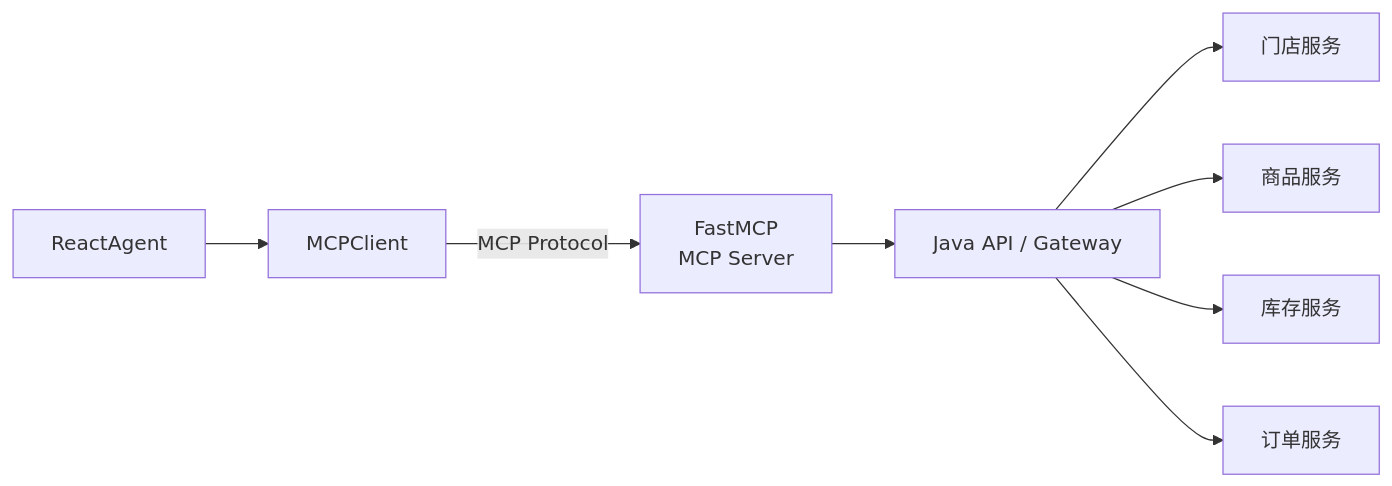
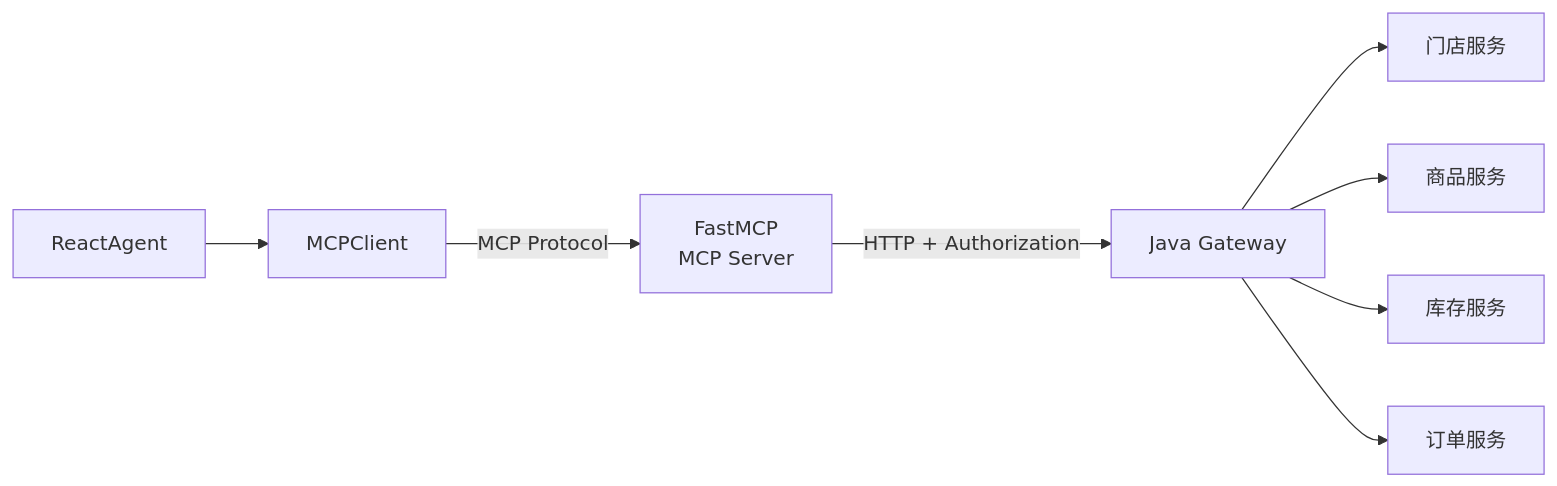
One commit to RwAkura/StoreMind-- changed the third of 4 diagrams in README.md. Above: the diagram before and after it, drawn with Mermaid. The commit also changed other lines of this file, not shown here.

````diff
--- a/README.md
+++ b/README.md
@@ -257,26 +259,26 @@
 ```mermaid
 flowchart LR
 
     Agent["ReactAgent"]
 
     MCPClient["MCPClient"]
 
     MCPServer["FastMCP<br/>MCP Server"]
 
-    API["Java API / Gateway"]
+    Gateway["Java Gateway"]
 
     Store["门店服务"]
     Product["商品服务"]
     Inventory["库存服务"]
     Order["订单服务"]
 
     Agent --> MCPClient
     MCPClient -->|MCP Protocol| MCPServer
 
-    MCPServer --> API
+    MCPServer -->|HTTP + Authorization| Gateway
 
-    API --> Store
-    API --> Product
-    API --> Inventory
-    API --> Order
+    Gateway --> Store
+    Gateway --> Product
+    Gateway --> Inventory
+    Gateway --> Order
 ```
````
